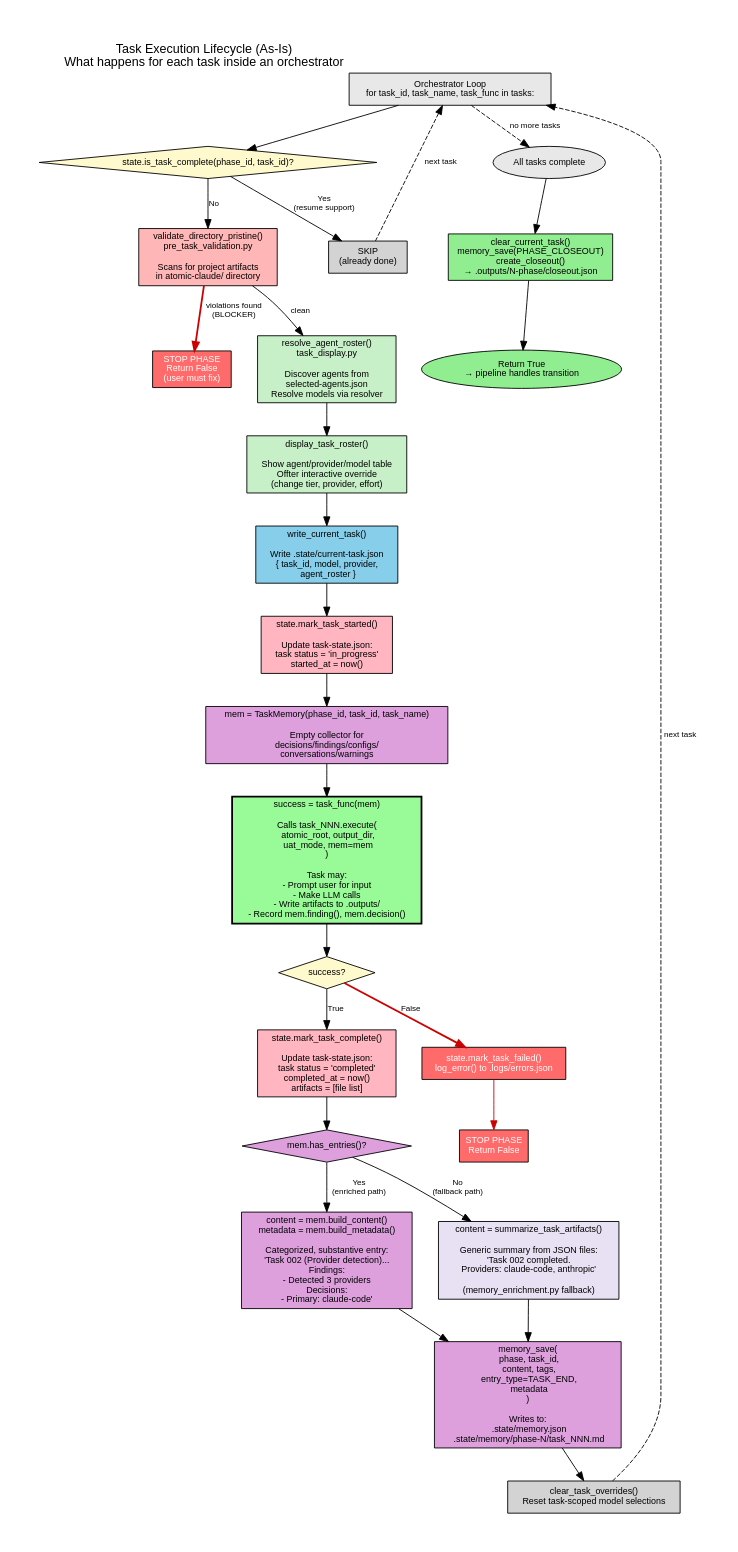
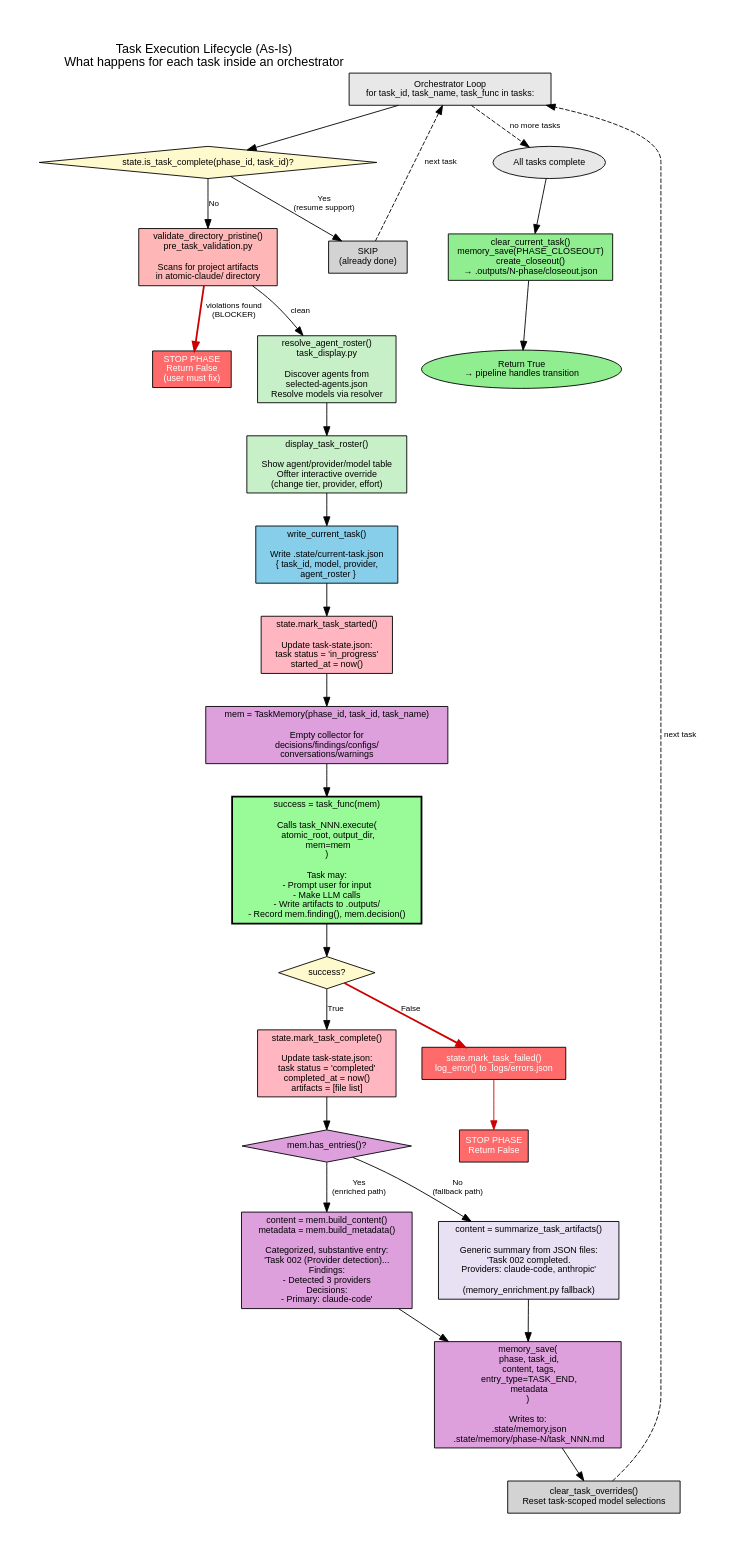
The diagram in docs/diagrams/as-is/02-task-lifecycle.dot (turbobeest/atomic-claude), drawn with Graphviz before and after one commit. The commit also changed 184 other files, not shown here.

```diff
--- a/docs/diagrams/as-is/02-task-lifecycle.dot
+++ b/docs/diagrams/as-is/02-task-lifecycle.dot
@@ -1,152 +1,152 @@
 // Atomic Claude 2.0 — Task Execution Lifecycle (As-Is)
 // What happens when a single task runs inside an orchestrator
 //
 // Generated: 2026-02-15
 // Source: phases/phaseNN/orchestratorNN.py (common pattern)
 
 digraph task_lifecycle {
     rankdir=TB
     fontname="Helvetica"
     fontsize=14
     label="Task Execution Lifecycle (As-Is)\nWhat happens for each task inside an orchestrator"
     labelloc=t
     labeljust=l
     pad=0.5
     nodesep=0.4
     ranksep=0.5
 
     node [fontname="Helvetica", fontsize=10, style=filled, shape=box]
     edge [fontname="Helvetica", fontsize=9]
 
     // =============================================
     // ORCHESTRATOR LOOP START
     // =============================================
 
     start [label="Orchestrator Loop\nfor task_id, task_name, task_func in tasks:",
            fillcolor="#E8E8E8", shape=box]
 
     // Step 1: Check if already complete
     check_complete [label="state.is_task_complete(phase_id, task_id)?",
                     shape=diamond, fillcolor="#FFFACD", width=3]
 
     start -> check_complete
 
     skip [label="SKIP\n(already done)", fillcolor="#D3D3D3"]
     check_complete -> skip [label="Yes\n(resume support)"]
     skip -> start [label="next task", style=dashed]
 
     // Step 2: Directory validation
     validate [label="validate_directory_pristine()\npre_task_validation.py\n\nScans for project artifacts\nin atomic-claude/ directory",
               fillcolor="#FFB6B6"]
 
     check_complete -> validate [label="No"]
 
     validation_fail [label="STOP PHASE\nReturn False\n(user must fix)", fillcolor="#FF6B6B", fontcolor=white]
     validate -> validation_fail [label="violations found\n(BLOCKER)", color="#CC0000", penwidth=2]
 
     // Step 3: Agent roster
     roster [label="resolve_agent_roster()\ntask_display.py\n\nDiscover agents from\nselected-agents.json\nResolve models via resolver",
             fillcolor="#C8F0C8"]
 
     validate -> roster [label="clean"]
 
     // Step 4: Display roster with override
     display [label="display_task_roster()\n\nShow agent/provider/model table\nOffter interactive override\n(change tier, provider, effort)",
              fillcolor="#C8F0C8"]
 
     roster -> display
 
     // Step 5: Dashboard sync
     dash_write [label="write_current_task()\n\nWrite .state/current-task.json\n{ task_id, model, provider,\n  agent_roster }",
                 fillcolor="#87CEEB"]
 
     display -> dash_write
 
     // Step 6: Mark started
     mark_start [label="state.mark_task_started()\n\nUpdate task-state.json:\ntask status = 'in_progress'\nstarted_at = now()",
                 fillcolor="#FFB6C1"]
 
     dash_write -> mark_start
 
     // Step 7: Create TaskMemory
     create_mem [label="mem = TaskMemory(phase_id, task_id, task_name)\n\nEmpty collector for\ndecisions/findings/configs/\nconversations/warnings",
                 fillcolor="#DDA0DD"]
 
     mark_start -> create_mem
 
     // Step 8: EXECUTE TASK
-    execute [label="success = task_func(mem)\n\nCalls task_NNN.execute(\n  atomic_root, output_dir,\n  uat_mode, mem=mem\n)\n\nTask may:\n- Prompt user for input\n- Make LLM calls\n- Write artifacts to .outputs/\n- Record mem.finding(), mem.decision()",
+    execute [label="success = task_func(mem)\n\nCalls task_NNN.execute(\n  atomic_root, output_dir,\n  mem=mem\n)\n\nTask may:\n- Prompt user for input\n- Make LLM calls\n- Write artifacts to .outputs/\n- Record mem.finding(), mem.decision()",
              fillcolor="#98FB98", style="filled,bold", shape=box]
 
     create_mem -> execute
 
     // Step 9: Check result
     check_result [label="success?", shape=diamond, fillcolor="#FFFACD", width=1.5]
     execute -> check_result
 
     // =============================================
     // FAILURE PATH
     // =============================================
 
     fail_mark [label="state.mark_task_failed()\nlog_error() to .logs/errors.json",
                fillcolor="#FF6B6B", fontcolor=white]
     fail_return [label="STOP PHASE\nReturn False",
                  fillcolor="#FF6B6B", fontcolor=white]
 
     check_result -> fail_mark [label="False", color="#CC0000", penwidth=2]
     fail_mark -> fail_return [color="#CC0000"]
 
     // =============================================
     // SUCCESS PATH
     // =============================================
 
     // Step 10: Mark complete
     mark_complete [label="state.mark_task_complete()\n\nUpdate task-state.json:\ntask status = 'completed'\ncompleted_at = now()\nartifacts = [file list]",
                    fillcolor="#FFB6C1"]
 
     check_result -> mark_complete [label="True"]
 
     // Step 11: Memory save
     mem_check [label="mem.has_entries()?", shape=diamond, fillcolor="#DDA0DD", width=2]
     mark_complete -> mem_check
 
     mem_rich [label="content = mem.build_content()\nmetadata = mem.build_metadata()\n\nCategorized, substantive entry:\n'Task 002 (Provider detection)...\nFindings:\n- Detected 3 providers\nDecisions:\n- Primary: claude-code'",
               fillcolor="#DDA0DD"]
 
     mem_fallback [label="content = summarize_task_artifacts()\n\nGeneric summary from JSON files:\n'Task 002 completed.\nProviders: claude-code, anthropic'\n\n(memory_enrichment.py fallback)",
                   fillcolor="#E8E0F3"]
 
     mem_check -> mem_rich [label="Yes\n(enriched path)"]
     mem_check -> mem_fallback [label="No\n(fallback path)"]
 
     mem_save [label="memory_save(\n  phase, task_id,\n  content, tags,\n  entry_type=TASK_END,\n  metadata\n)\n\nWrites to:\n  .state/memory.json\n  .state/memory/phase-N/task_NNN.md",
              fillcolor="#DDA0DD"]
 
     mem_rich -> mem_save
     mem_fallback -> mem_save
 
     // Step 12: Clear overrides
     clear [label="clear_task_overrides()\nReset task-scoped model selections",
            fillcolor="#D3D3D3"]
 
     mem_save -> clear
 
     // Step 13: Next task
     clear -> start [label="next task", style=dashed]
 
     // =============================================
     // PHASE COMPLETION (after all tasks)
     // =============================================
 
     phase_done [label="All tasks complete", shape=ellipse, fillcolor="#E8E8E8"]
 
     phase_cleanup [label="clear_current_task()\nmemory_save(PHASE_CLOSEOUT)\ncreate_closeout()\n→ .outputs/N-phase/closeout.json",
                    fillcolor="#90EE90"]
 
     phase_return [label="Return True\n→ pipeline handles transition",
                   fillcolor="#90EE90", shape=ellipse]
 
     start -> phase_done [label="no more tasks", style=dashed]
     phase_done -> phase_cleanup
     phase_cleanup -> phase_return
 }
```
